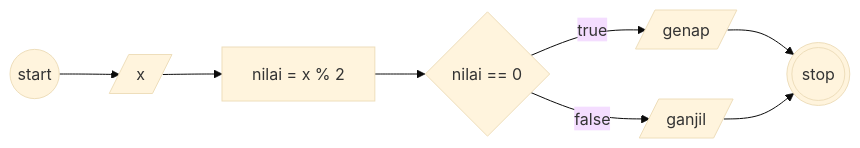
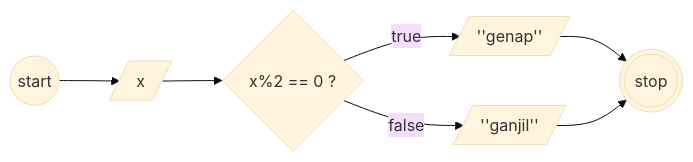
One commit to ecenn/koda-b10-algoritma changed the diagram in README.md. Above: the diagram before and after it, drawn with Mermaid (base theme). The commit also changed other lines of this file, not shown here.

````diff
--- a/README.md
+++ b/README.md
@@ -30,21 +30,19 @@
 ```mermaid
 
 flowchart LR
 
 a((start))
 b[/x/]
-x[nilai = x % 2]
-c{nilai == 0}
-d[/genap/]
-e[/ganjil/]
+c{x%2 == 0 ?}
+d[/''genap''/]
+e[/''ganjil''/]
 z(((stop)))
 
 a --> b
-b --> x
-x --> c
+b --> c
 c --true--> d
 c --false--> e
 d --> z
 e --> z
 
 ```
````
